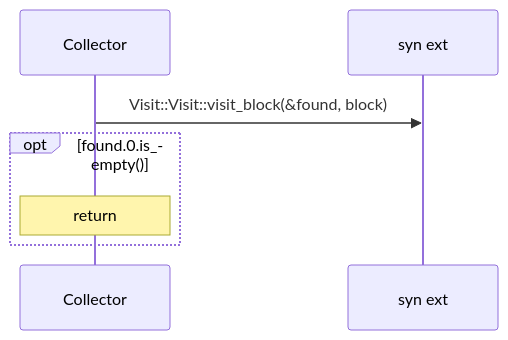
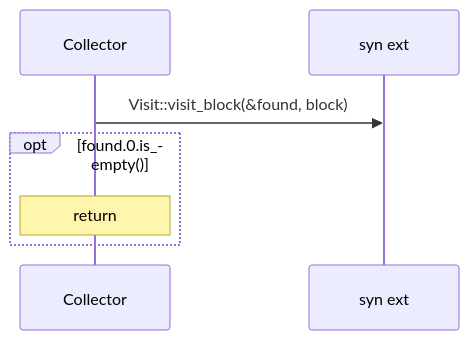
Before and after one commit to DreamLab-AI/codemaid: the fifth of 50 diagrams in docs/sealmap/crates/sealmap-rust/src/collect.rs.md, drawn with Mermaid. The commit also changed other lines of this file and 29 other files, not shown here.

````diff
--- a/docs/sealmap/crates/sealmap-rust/src/collect.rs.md
+++ b/docs/sealmap/crates/sealmap-rust/src/collect.rs.md
@@ -361,9 +361,9 @@
 ```mermaid
 sequenceDiagram
   participant sealmap_rust__collect___tCollector as Collector
   participant _syn as syn ext
-  sealmap_rust__collect___tCollector->>_syn: Visit::Visit::visit_block(&found, block)
+  sealmap_rust__collect___tCollector->>_syn: Visit::visit_block(&found, block)
   opt found.0.is_empty()
     Note over sealmap_rust__collect___tCollector: return
   end
 ```
````
